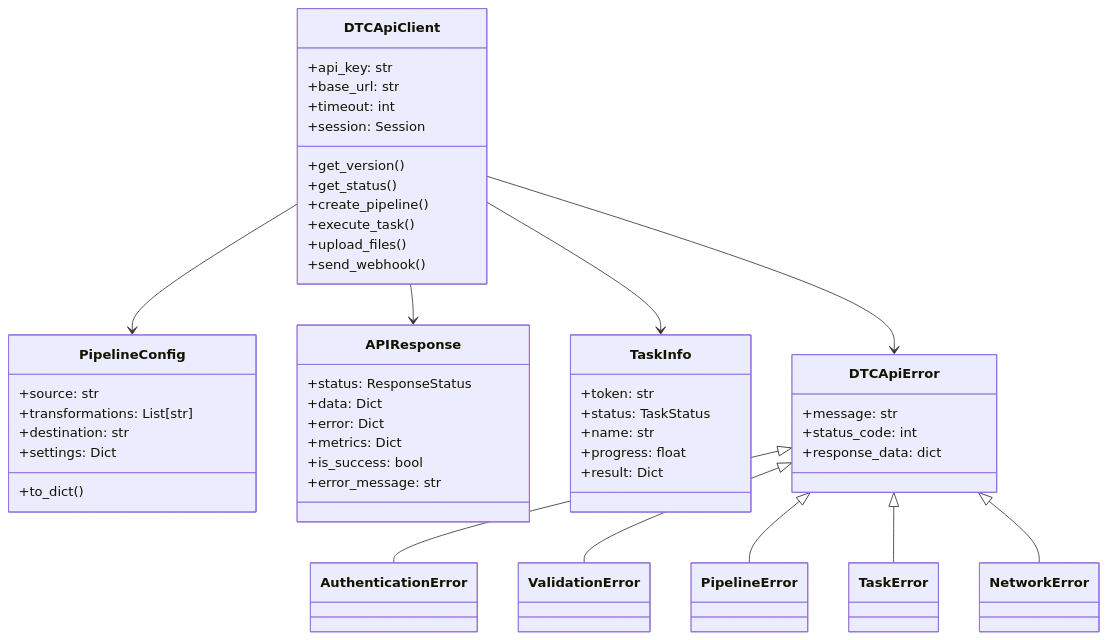
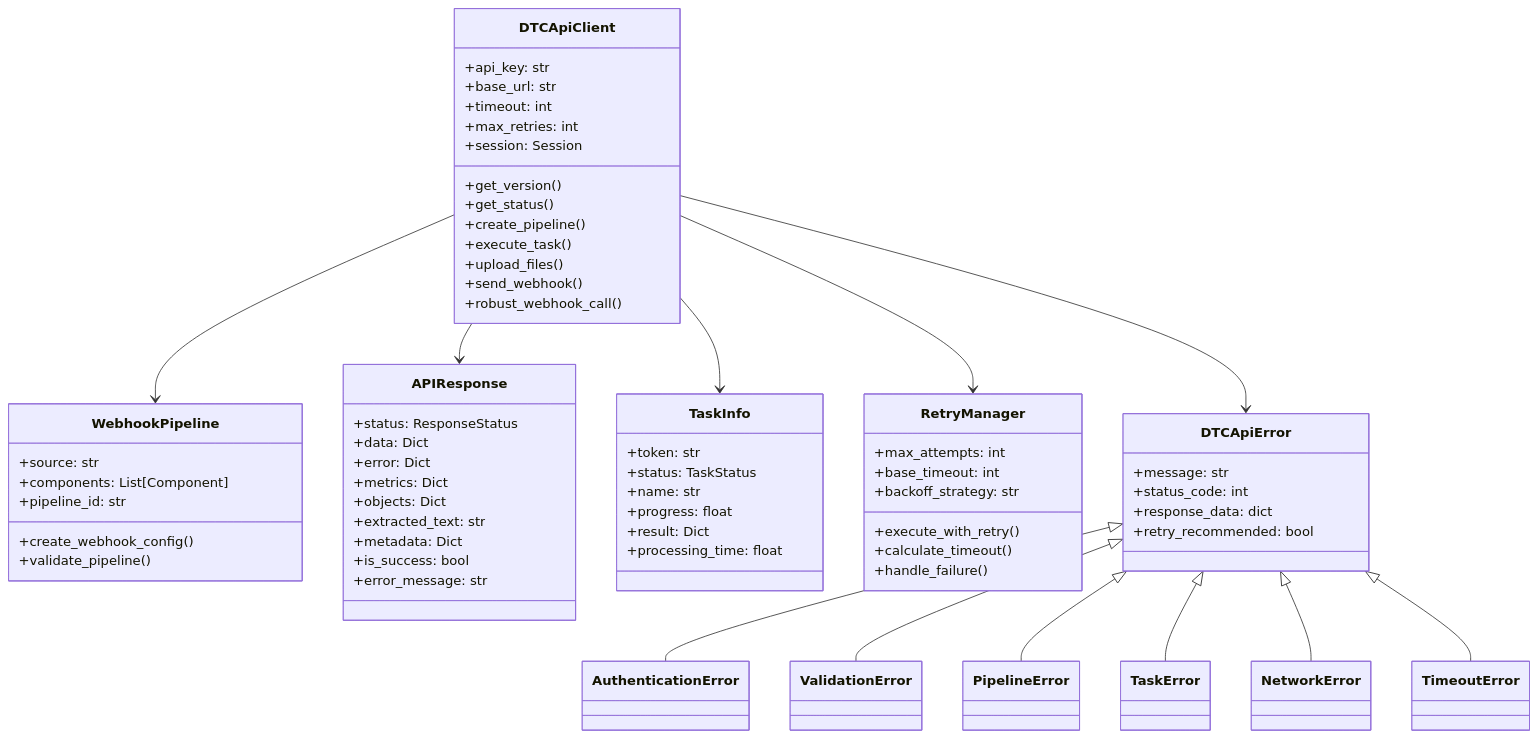
Before and after one commit to AparaviSoftware/dtc-api-sdk: the tenth of 11 diagrams in docs/ARCHITECTURE.md, drawn with Mermaid. The commit also changed other lines of this file and 45 other files, not shown here.

````diff
--- a/docs/ARCHITECTURE.md
+++ b/docs/ARCHITECTURE.md
@@ -167,57 +467,75 @@
 ```mermaid
 classDiagram
     class DTCApiClient {
         +api_key: str
         +base_url: str
         +timeout: int
+        +max_retries: int
         +session: Session
         +get_version()
         +get_status()
         +create_pipeline()
         +execute_task()
         +upload_files()
         +send_webhook()
+        +robust_webhook_call()
     }
     
-    class PipelineConfig {
+    class WebhookPipeline {
         +source: str
-        +transformations: List[str]
-        +destination: str
-        +settings: Dict
-        +to_dict()
+        +components: List[Component]
+        +pipeline_id: str
+        +create_webhook_config()
+        +validate_pipeline()
     }
     
     class APIResponse {
         +status: ResponseStatus
         +data: Dict
         +error: Dict
         +metrics: Dict
+        +objects: Dict
+        +extracted_text: str
+        +metadata: Dict
         +is_success: bool
         +error_message: str
     }
     
     class TaskInfo {
         +token: str
         +status: TaskStatus
         +name: str
         +progress: float
         +result: Dict
+        +processing_time: float
+    }
+    
+    class RetryManager {
+        +max_attempts: int
+        +base_timeout: int
+        +backoff_strategy: str
+        +execute_with_retry()
+        +calculate_timeout()
+        +handle_failure()
     }
     
     class DTCApiError {
         +message: str
         +status_code: int
         +response_data: dict
+        +retry_recommended: bool
     }
     
     DTCApiError <|-- AuthenticationError
     DTCApiError <|-- ValidationError
     DTCApiError <|-- PipelineError
     DTCApiError <|-- TaskError
     DTCApiError <|-- NetworkError
+    DTCApiError <|-- TimeoutError
     
-    DTCApiClient --> PipelineConfig
+    DTCApiClient --> WebhookPipeline
     DTCApiClient --> APIResponse
     DTCApiClient --> TaskInfo
+    DTCApiClient --> RetryManager
     DTCApiClient --> DTCApiError
 ```
````
